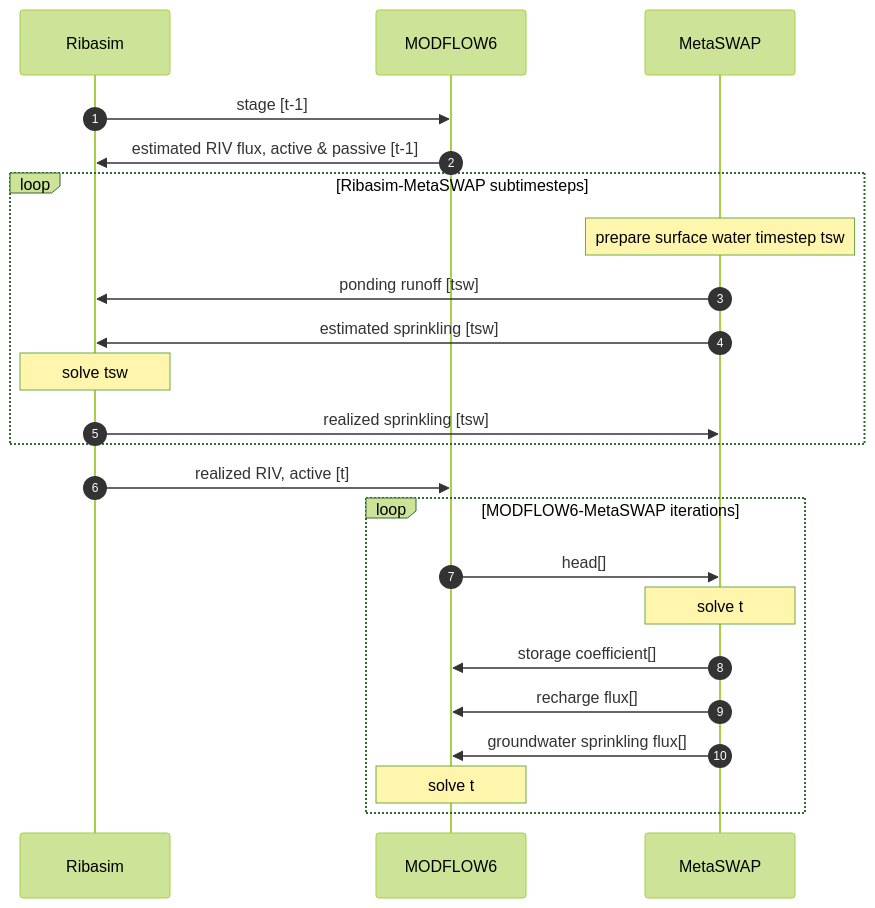
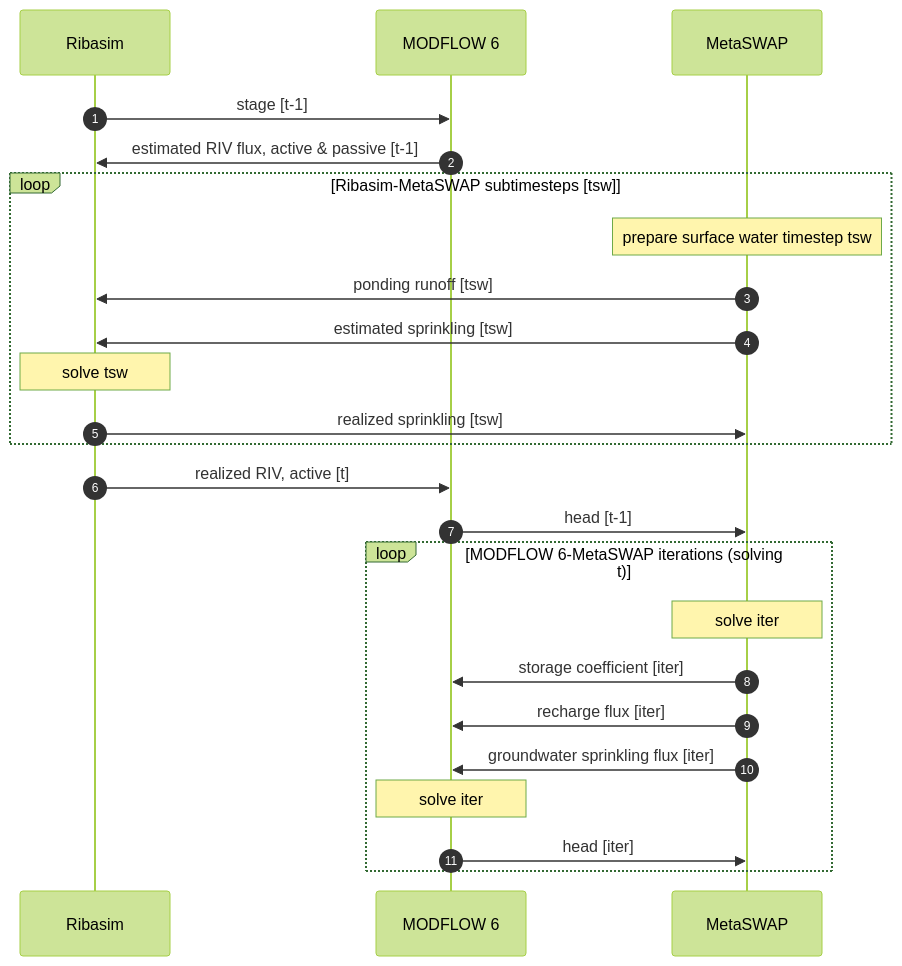
The diagram in docs/coupler_ribametamod_technical.qmd (Deltares/iMOD-Documentation), drawn with Mermaid (forest theme) before and after one commit. The commit also changed other lines of this file and 2 other files, not shown here.

````diff
--- a/docs/coupler_ribametamod_technical.qmd
+++ b/docs/coupler_ribametamod_technical.qmd
@@ -8,24 +8,25 @@
 ```{mermaid}
 sequenceDiagram
     autonumber
-    Ribasim ->> MODFLOW6: stage [t-1]
-    MODFLOW6 ->> Ribasim: estimated RIV flux, active & passive  [t-1]
+    Ribasim ->> MODFLOW 6: stage [t-1]
+    MODFLOW 6 ->> Ribasim: estimated RIV flux, active & passive  [t-1]
 
-    loop Ribasim-MetaSWAP subtimesteps
+    loop Ribasim-MetaSWAP subtimesteps [tsw]
         Note over MetaSWAP: prepare surface water timestep tsw
         MetaSWAP->>Ribasim:  ponding runoff [tsw]
         MetaSWAP->>Ribasim:  estimated sprinkling [tsw]
         Note over Ribasim: solve tsw
         Ribasim ->> MetaSWAP: realized sprinkling [tsw]
     end
-    Ribasim ->> MODFLOW6: realized RIV, active [t]
-    loop MODFLOW6-MetaSWAP iterations
-        MODFLOW6 ->> MetaSWAP: head[] 
-        Note over MetaSWAP: solve t
-        MetaSWAP ->> MODFLOW6: storage coefficient[]
-        MetaSWAP ->> MODFLOW6: recharge flux[]
-        MetaSWAP ->> MODFLOW6: groundwater sprinkling flux[]
-        Note over MODFLOW6: solve t
+    Ribasim ->> MODFLOW 6: realized RIV, active [t]
+    MODFLOW 6 ->> MetaSWAP: head [t-1] 
+    loop MODFLOW 6-MetaSWAP iterations (solving t)
+        Note over MetaSWAP: solve iter
+        MetaSWAP ->> MODFLOW 6: storage coefficient [iter]
+        MetaSWAP ->> MODFLOW 6: recharge flux [iter]
+        MetaSWAP ->> MODFLOW 6: groundwater sprinkling flux [iter]
+        Note over MODFLOW 6: solve iter
+        MODFLOW 6 ->> MetaSWAP: head [iter] 
     end
 
 ```
````
